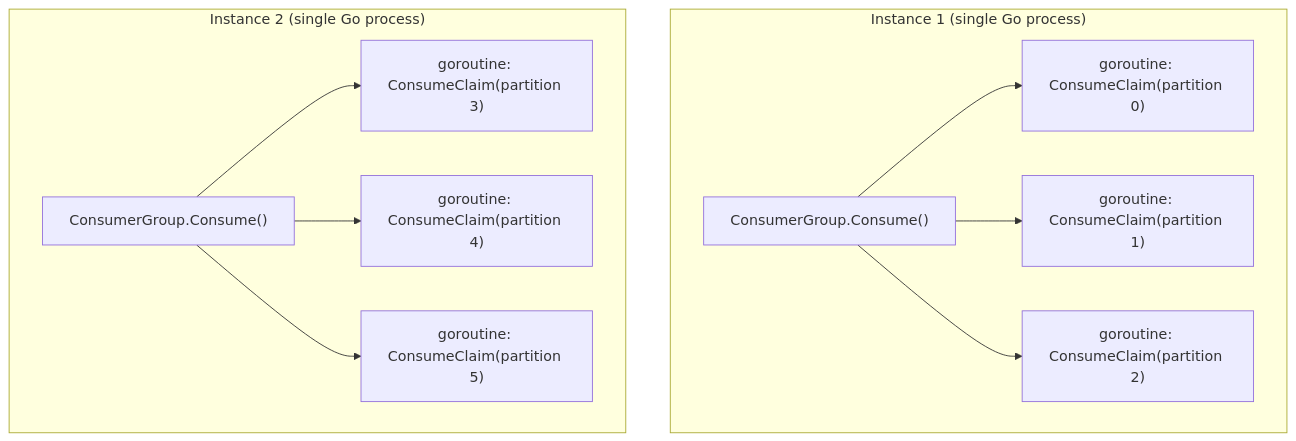
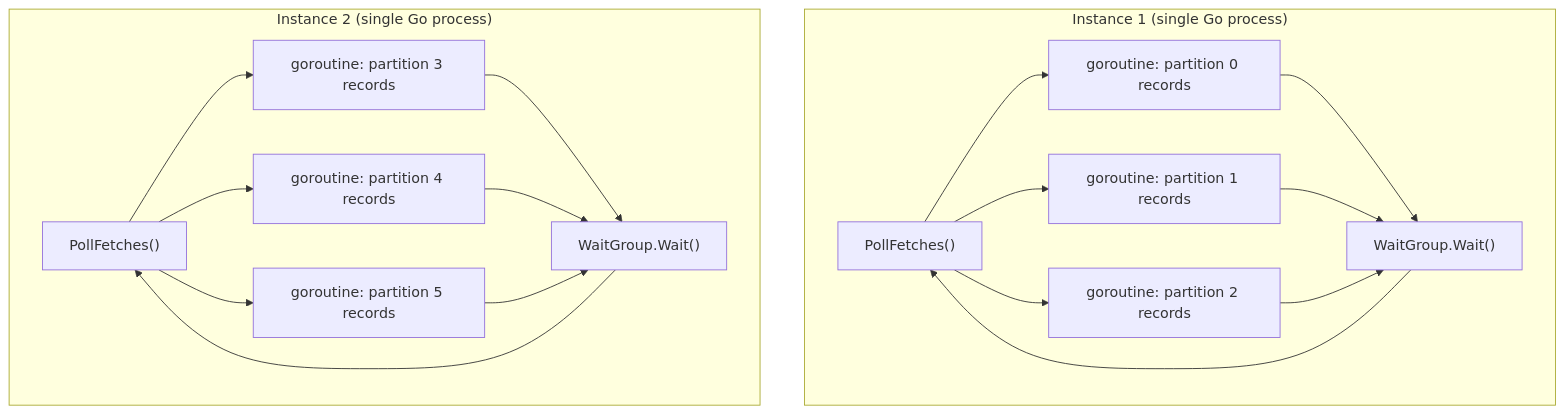
Before and after one commit to matmazurk/oidc-keepie: the third of 11 diagrams in kafka/README.md, drawn with Mermaid. The commit also changed other lines of this file, not shown here.

````diff
--- a/kafka/README.md
+++ b/kafka/README.md
@@ -63,16 +77,22 @@
 ```mermaid
 graph TD
     subgraph "Instance 1 (single Go process)"
-        CG1["ConsumerGroup.Consume()"]
-        CG1 --> G1["goroutine: ConsumeClaim(partition 0)"]
-        CG1 --> G2["goroutine: ConsumeClaim(partition 1)"]
-        CG1 --> G3["goroutine: ConsumeClaim(partition 2)"]
+        PF1["PollFetches()"] --> G1["goroutine: partition 0 records"]
+        PF1 --> G2["goroutine: partition 1 records"]
+        PF1 --> G3["goroutine: partition 2 records"]
+        G1 --> W1["WaitGroup.Wait()"]
+        G2 --> W1
+        G3 --> W1
+        W1 --> PF1
     end
 
     subgraph "Instance 2 (single Go process)"
-        CG2["ConsumerGroup.Consume()"]
-        CG2 --> G4["goroutine: ConsumeClaim(partition 3)"]
-        CG2 --> G5["goroutine: ConsumeClaim(partition 4)"]
-        CG2 --> G6["goroutine: ConsumeClaim(partition 5)"]
+        PF2["PollFetches()"] --> G4["goroutine: partition 3 records"]
+        PF2 --> G5["goroutine: partition 4 records"]
+        PF2 --> G6["goroutine: partition 5 records"]
+        G4 --> W2["WaitGroup.Wait()"]
+        G5 --> W2
+        G6 --> W2
+        W2 --> PF2
     end
 ```
````
